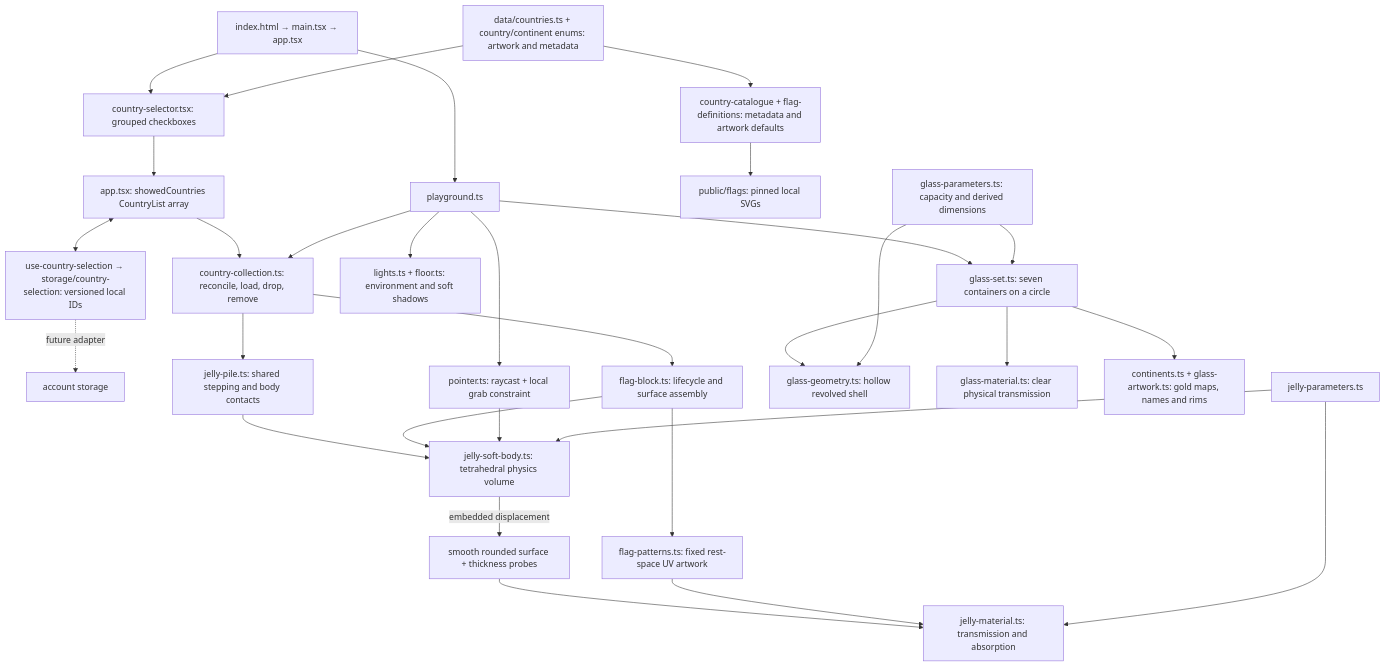
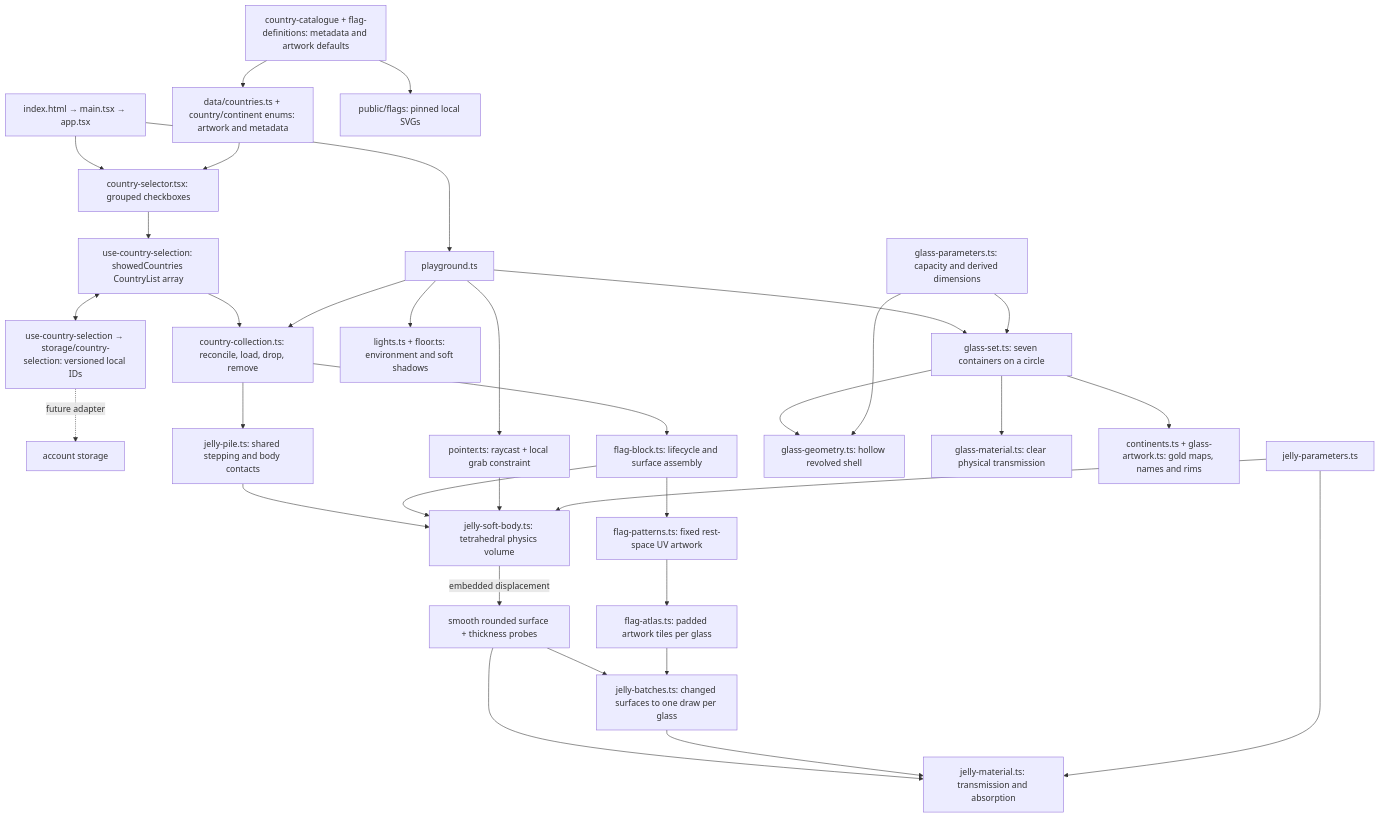
Before and after one commit to arvikachristy/semesta: the diagram in README.md, drawn with Mermaid. The commit also changed other lines of this file and 25 other files, not shown here.

````diff
--- a/README.md
+++ b/README.md
@@ -26,32 +26,35 @@
 ```mermaid
 flowchart TD
   entry["index.html → main.tsx → app.tsx"] --> scene["playground.ts"]
   entry --> selector["country-selector.tsx: grouped checkboxes"]
   registry["data/countries.ts + country/continent enums: artwork and metadata"] --> selector
-  selector --> selected["app.tsx: showedCountries CountryList array"]
+  selector --> selected["use-country-selection: showedCountries CountryList array"]
   selected <--> persistence["use-country-selection → storage/country-selection: versioned local IDs"]
   persistence -. "future adapter" .-> remote["account storage"]
-  registry --> catalogue["country-catalogue + flag-definitions: metadata and artwork defaults"]
+  catalogue["country-catalogue + flag-definitions: metadata and artwork defaults"] --> registry
   catalogue --> assets["public/flags: pinned local SVGs"]
   selected --> collection["country-collection.ts: reconcile, load, drop, remove"]
   scene --> collection
   collection --> block["flag-block.ts: lifecycle and surface assembly"]
   collection --> pile["jelly-pile.ts: shared stepping and body contacts"]
   pile --> volume
   block --> volume["jelly-soft-body.ts: tetrahedral physics volume"]
   volume -->|embedded displacement| surface["smooth rounded surface + thickness probes"]
   block --> pattern["flag-patterns.ts: fixed rest-space UV artwork"]
   surface --> material["jelly-material.ts: transmission and absorption"]
-  pattern --> material
+  pattern --> atlas["flag-atlas.ts: padded artwork tiles per glass"]
+  surface --> batches["jelly-batches.ts: changed surfaces to one draw per glass"]
+  atlas --> batches
+  batches --> material
   scene --> input["pointer.ts: raycast + local grab constraint"]
   input --> volume
   scene --> lighting["lights.ts + floor.ts: environment and soft shadows"]
   scene --> glasses["glass-set.ts: seven containers on a circle"]
   glasses --> glassGeometry["glass-geometry.ts: hollow revolved shell"]
   glasses --> glassMaterial["glass-material.ts: clear physical transmission"]
   glasses --> continentArt["continents.ts + glass-artwork.ts: gold maps, names and rims"]
   glassConfig["glass-parameters.ts: capacity and derived dimensions"] --> glasses
   glassConfig --> glassGeometry
   config["jelly-parameters.ts"] --> volume
   config --> material
 ```
````
